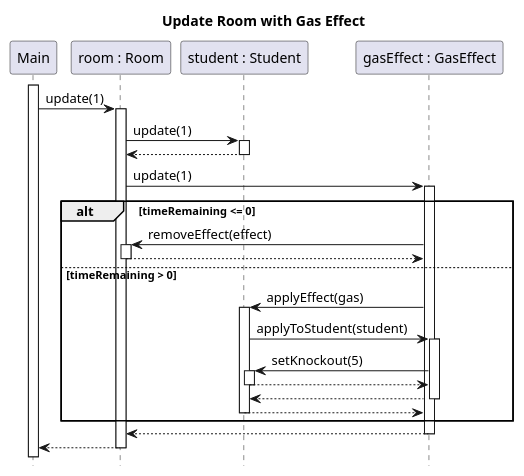
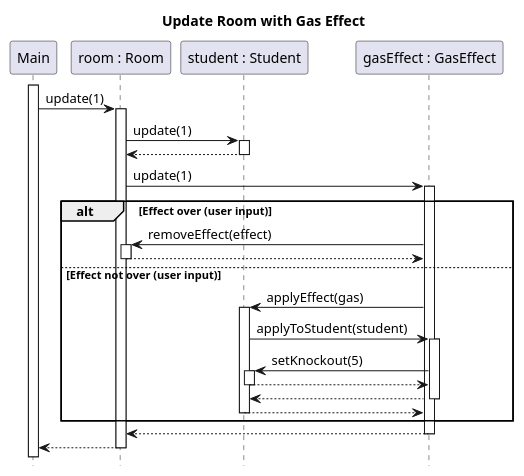
One commit to sn4k3ch4rm3r/logarlec changed the diagram in docs/diagrams/test-sequence/room-update-gas-no-mask.puml. Above: the diagram before and after it, drawn with PlantUML. The commit also changed 1 other file, not shown here.

Commit message:
Updated names of alternative scenarios in sequences

```diff
--- a/docs/diagrams/test-sequence/room-update-gas-no-mask.puml
+++ b/docs/diagrams/test-sequence/room-update-gas-no-mask.puml
@@ -1,31 +1,31 @@
 @startuml room-update-gas-no-mask
 title Update Room with Gas Effect
 hide footbox
 autoactivate on
 skinparam SequenceReferenceBackgroundColor white
 
 participant Main
 participant "room : Room" as room
 participant "student : Student" as student
 participant "gasEffect : GasEffect" as gas
 
 activate Main
 Main -> room : update(1)
 	room -> student : update(1)
 	    return
 	    room -> gas : update(1)
-        alt timeRemaining <= 0
+        alt Effect over (user input)
 		    gas -> room ++: removeEffect(effect)
 		    return
-	    else timeRemaining > 0
+	    else Effect not over (user input)
         gas -> student : applyEffect(gas)
             student -> gas : applyToStudent(student)
                 gas -> student : setKnockout(5)
                 return
             return
         return
         end
 	return
 return
 
 @enduml
```
